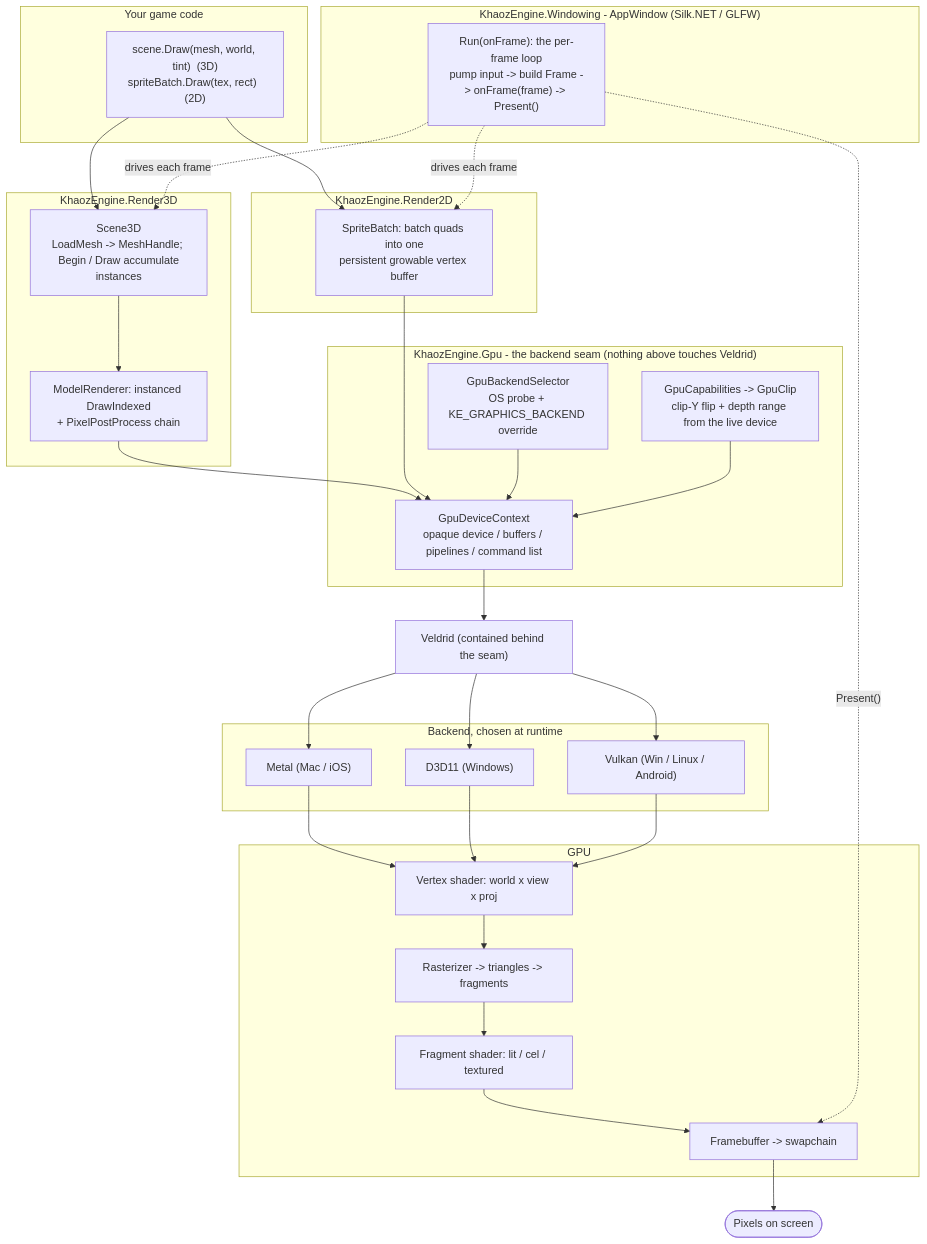
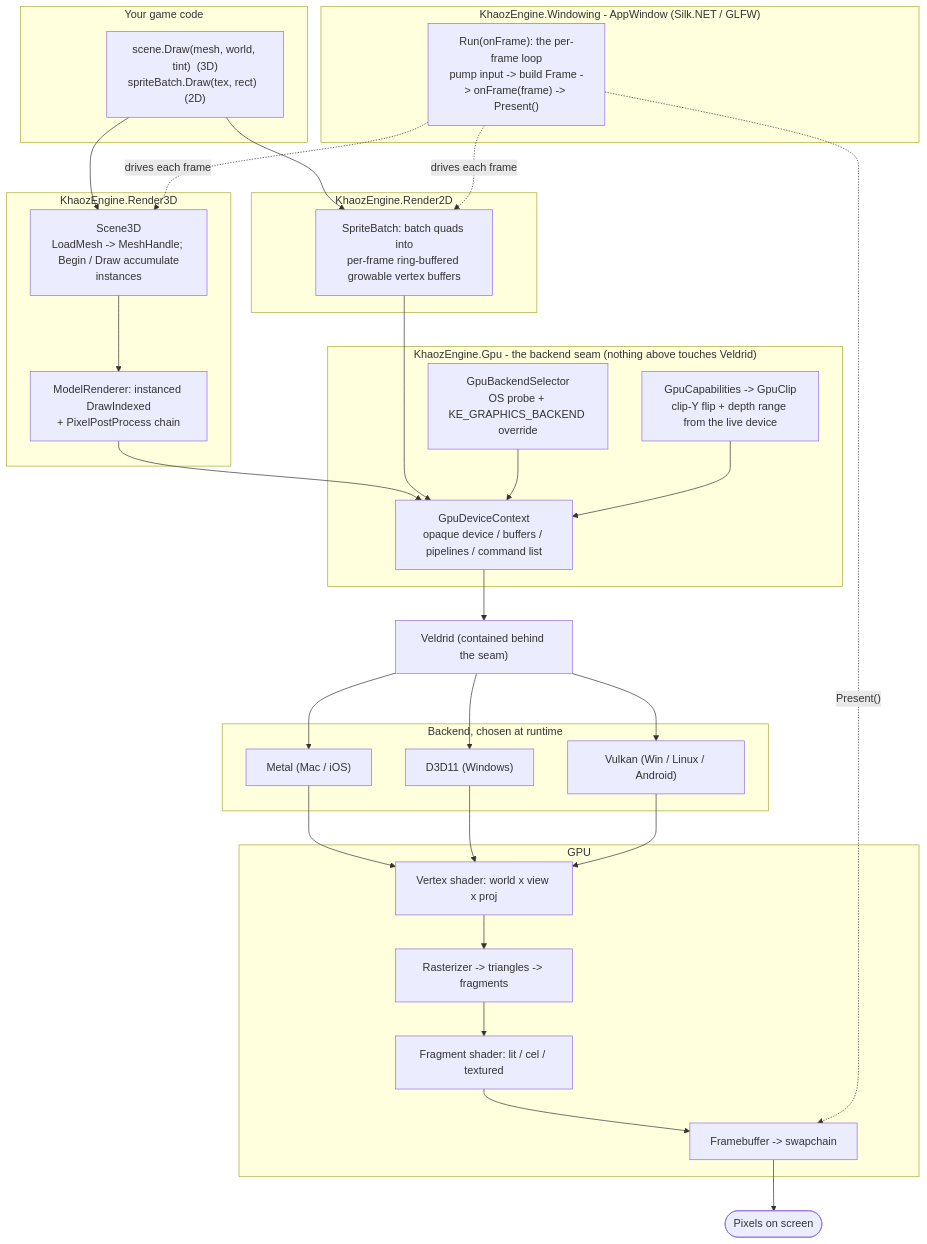
The first of 3 diagrams in docs/RENDER-PIPELINE.md (APKiwiOrg/KhaozEngine), drawn with Mermaid before and after one commit. The commit also changed other lines of this file and 5 other files, not shown here.

First line of the commit message:
render2d(9.6.2): ring-buffer SpriteBatch flush buffers (fix 1-frame tear on moving/resizing 2D)

````diff
--- a/docs/RENDER-PIPELINE.md
+++ b/docs/RENDER-PIPELINE.md
@@ -10,56 +10,56 @@
 ```mermaid
 flowchart TD
     subgraph game["Your game code"]
         GC["scene.Draw(mesh, world, tint)  (3D)<br/>spriteBatch.Draw(tex, rect)  (2D)"]
     end
 
     subgraph win["KhaozEngine.Windowing - AppWindow (Silk.NET / GLFW)"]
         LOOP["Run(onFrame): the per-frame loop<br/>pump input -> build Frame -> onFrame(frame) -> Present()"]
     end
 
     subgraph r3["KhaozEngine.Render3D"]
         S3["Scene3D<br/>LoadMesh -> MeshHandle;  Begin / Draw accumulate instances"]
         MR["ModelRenderer: instanced DrawIndexed<br/>+ PixelPostProcess chain"]
     end
     subgraph r2["KhaozEngine.Render2D"]
-        SB["SpriteBatch: batch quads into one<br/>persistent growable vertex buffer"]
+        SB["SpriteBatch: batch quads into<br/>per-frame ring-buffered growable vertex buffers"]
     end
 
     subgraph gpu["KhaozEngine.Gpu - the backend seam (nothing above touches Veldrid)"]
         DEV["GpuDeviceContext<br/>opaque device / buffers / pipelines / command list"]
         SEL["GpuBackendSelector<br/>OS probe + KE_GRAPHICS_BACKEND override"]
         CAP["GpuCapabilities -> GpuClip<br/>clip-Y flip + depth range from the live device"]
     end
 
     VEL["Veldrid (contained behind the seam)"]
 
     subgraph back["Backend, chosen at runtime"]
         MTL["Metal (Mac / iOS)"]
         D3D["D3D11 (Windows)"]
         VK["Vulkan (Win / Linux / Android)"]
     end
 
     subgraph hw["GPU"]
         VS["Vertex shader: world x view x proj"]
         RAS["Rasterizer -> triangles -> fragments"]
         FS["Fragment shader: lit / cel / textured"]
         FB["Framebuffer -> swapchain"]
     end
 
     SCREEN(["Pixels on screen"])
 
     GC --> S3
     GC --> SB
     S3 --> MR
     LOOP -. drives each frame .-> S3
     LOOP -. drives each frame .-> SB
     MR --> DEV
     SB --> DEV
     SEL --> DEV
     CAP --> DEV
     DEV --> VEL
     VEL --> MTL & D3D & VK
     MTL & D3D & VK --> VS
     VS --> RAS --> FS --> FB --> SCREEN
     LOOP -. Present() .-> FB
 ```
````
